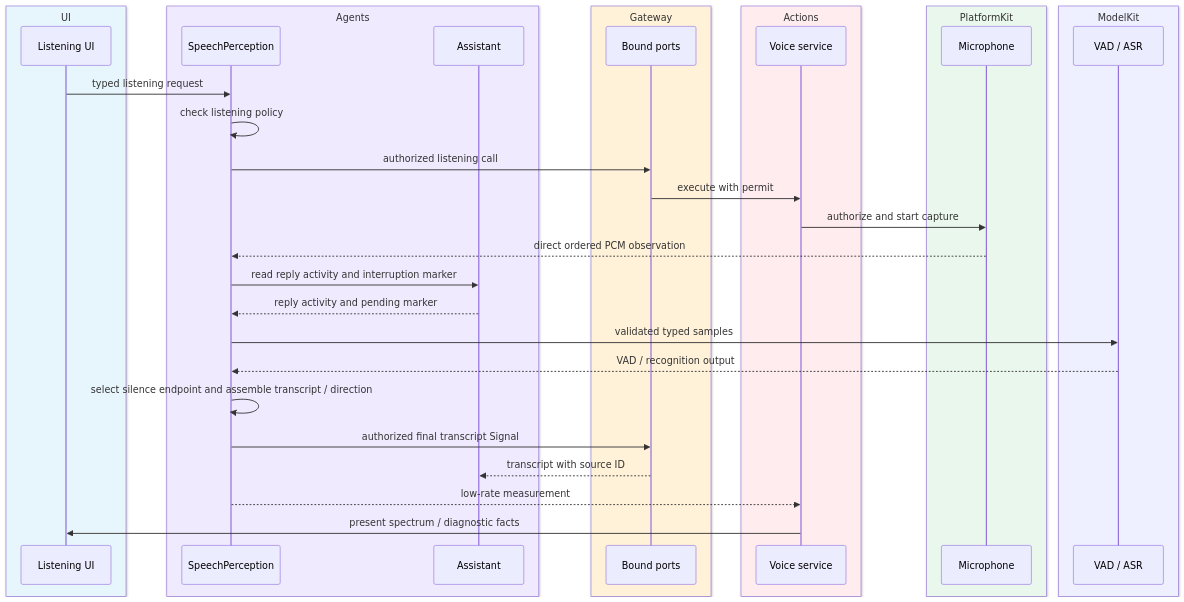
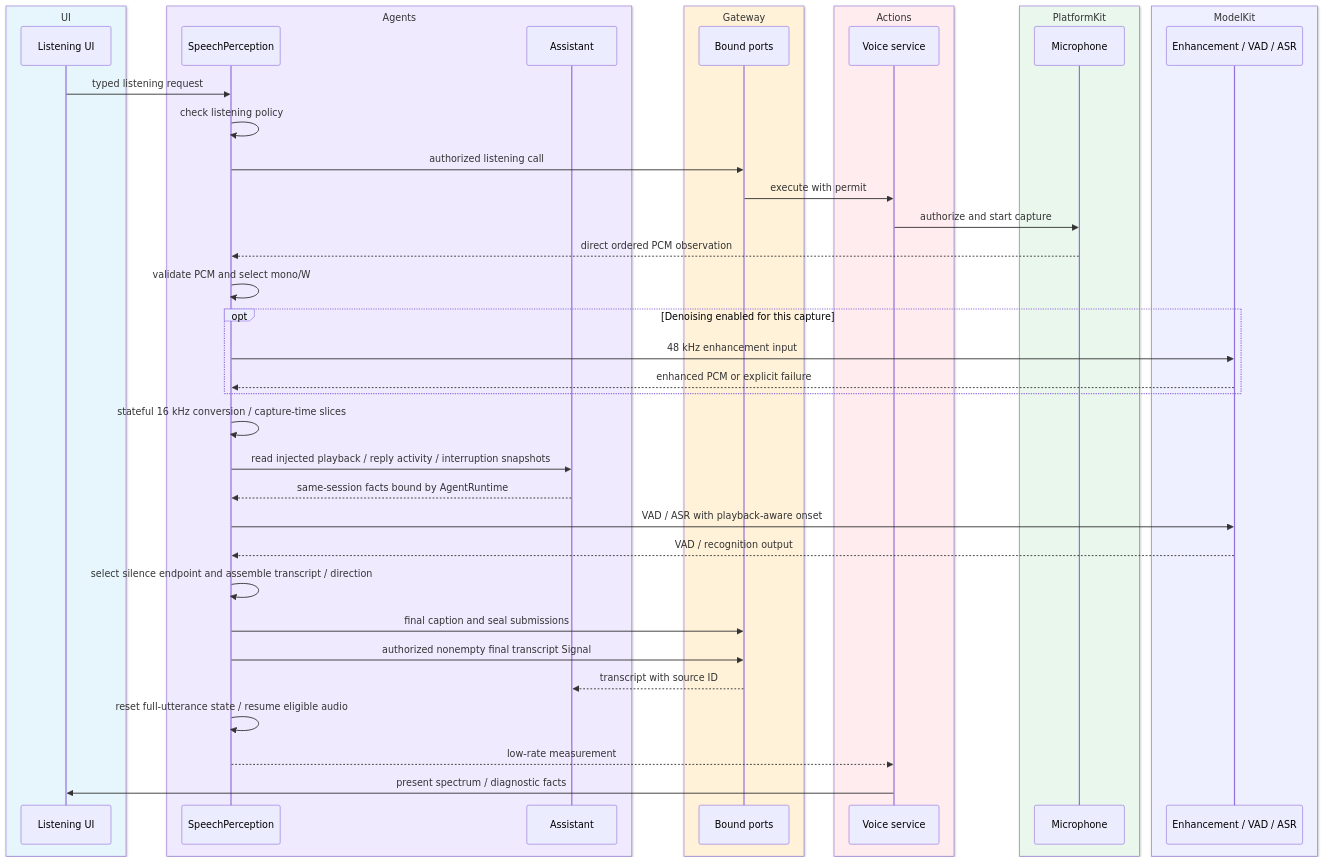
One commit to devilyouwei/MobileHarness changed diagram 16 of 27 in MobileHarness/README.md. Above: the diagram before and after it, drawn with Mermaid. The commit also changed other lines of this file and 812 other files, not shown here.

````diff
--- a/MobileHarness/README.md
+++ b/MobileHarness/README.md
@@ -986,37 +990,45 @@
 ```mermaid
 sequenceDiagram
     box rgb(231,246,252) UI
         participant UI as Listening UI
     end
     box rgb(240,234,255) Agents
         participant S as SpeechPerception
         participant A as Assistant
     end
     box rgb(255,242,217) Gateway
         participant G as Bound ports
     end
     box rgb(255,236,239) Actions
         participant X as Voice service
     end
     box rgb(234,247,237) PlatformKit
         participant P as Microphone
     end
     box rgb(238,239,255) ModelKit
-        participant M as VAD / ASR
+        participant M as Enhancement / VAD / ASR
     end
     UI->>S: typed listening request
     S->>S: check listening policy
     S->>G: authorized listening call
     G->>X: execute with permit
     X->>P: authorize and start capture
     P-->>S: direct ordered PCM observation
-    S->>A: read reply activity and interruption marker
-    A-->>S: reply activity and pending marker
-    S->>M: validated typed samples
+    S->>S: validate PCM and select mono/W
+    opt Denoising enabled for this capture
+        S->>M: 48 kHz enhancement input
+        M-->>S: enhanced PCM or explicit failure
+    end
+    S->>S: stateful 16 kHz conversion / capture-time slices
+    S->>A: read injected playback / reply activity / interruption snapshots
+    A-->>S: same-session facts bound by AgentRuntime
+    S->>M: VAD / ASR with playback-aware onset
     M-->>S: VAD / recognition output
     S->>S: select silence endpoint and assemble transcript / direction
-    S->>G: authorized final transcript Signal
+    S->>G: final caption and seal submissions
+    S->>G: authorized nonempty final transcript Signal
     G-->>A: transcript with source ID
+    S->>S: reset full-utterance state / resume eligible audio
     S-->>X: low-rate measurement
     X->>UI: present spectrum / diagnostic facts
 ```
````
